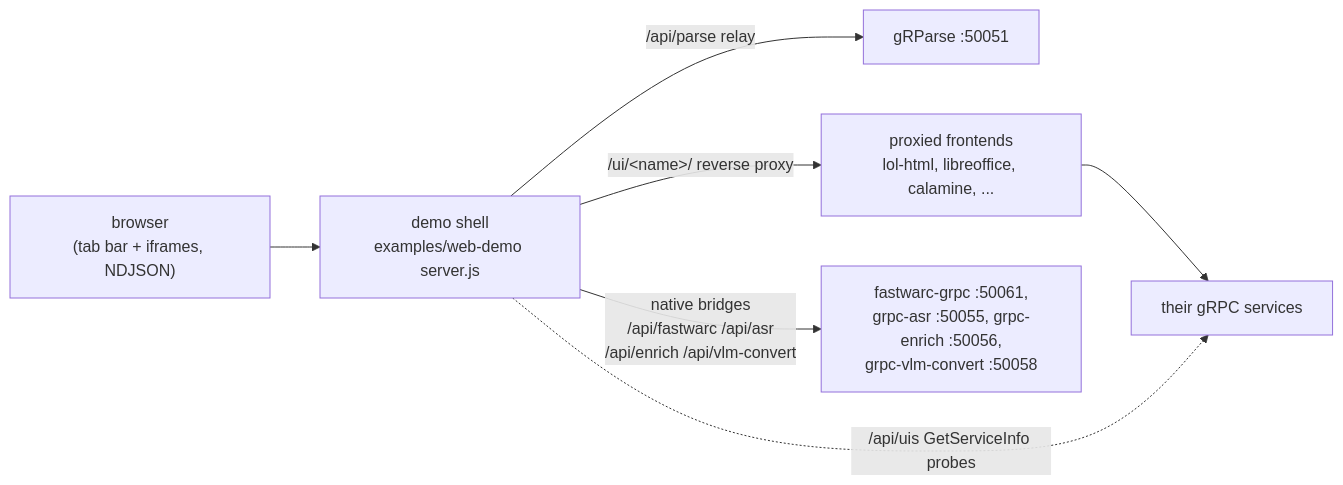
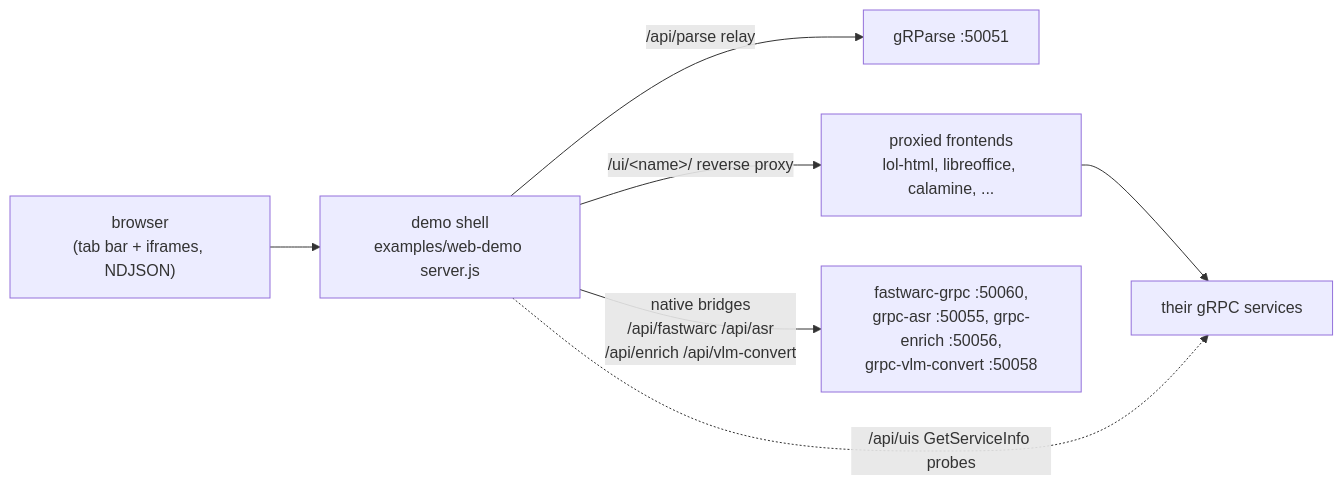
The second of 2 diagrams in README.md (ai-pipestream/gRParse), drawn with Mermaid before and after one commit. The commit also changed other lines of this file and 23 other files, not shown here.

````diff
--- a/README.md
+++ b/README.md
@@ -66,9 +66,9 @@
 ```mermaid
 flowchart LR
     browser["browser<br/>(tab bar + iframes, NDJSON)"] --> shell["demo shell<br/>examples/web-demo server.js"]
     shell -- "/api/parse relay" --> grparse["gRParse :50051"]
     shell -- "/ui/&lt;name&gt;/ reverse proxy" --> proxied["proxied frontends<br/>lol-html, libreoffice, calamine, ..."]
     proxied --> theirs["their gRPC services"]
-    shell -- "native bridges<br/>/api/fastwarc /api/asr<br/>/api/enrich /api/vlm-convert" --> native["fastwarc-grpc :50061,<br/>grpc-asr :50055, grpc-enrich :50056,<br/>grpc-vlm-convert :50058"]
+    shell -- "native bridges<br/>/api/fastwarc /api/asr<br/>/api/enrich /api/vlm-convert" --> native["fastwarc-grpc :50060,<br/>grpc-asr :50055, grpc-enrich :50056,<br/>grpc-vlm-convert :50058"]
     shell -. "/api/uis GetServiceInfo probes" .-> theirs
 ```
````
